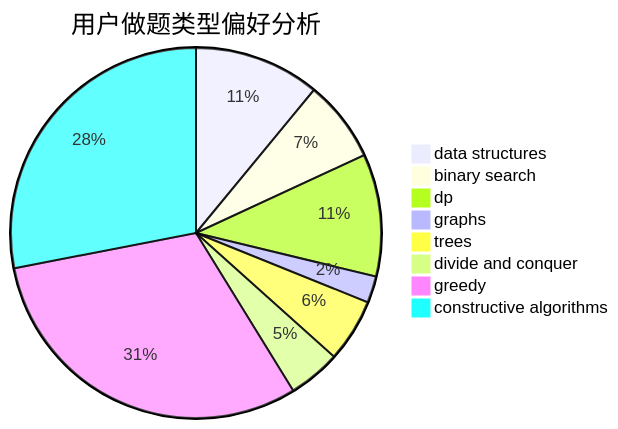
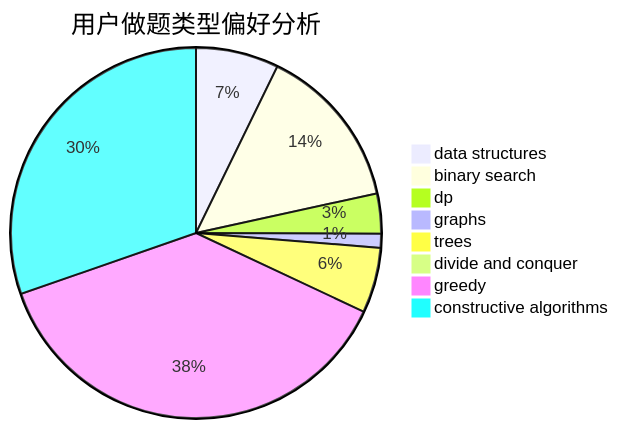
The second of 3 diagrams in docs/user/u410.md (sherpahu/cfrs.github.io), drawn with Mermaid before and after one commit. The commit also changed other lines of this file and 2770 other files, not shown here.

````diff
--- a/docs/user/u410.md
+++ b/docs/user/u410.md
@@ -23,11 +23,11 @@
 ```mermaid
 pie title 用户做题类型偏好分析
-    "data structures" :  151
-    "binary search" :  98
-    "dp" :  147
-    "graphs" :  32
-    "trees" :  76
-    "divide and conquer" :  63
-    "greedy" :  423
-    "constructive algorithms" :  386
+    "data structures" :  118
+    "binary search" :  234
+    "dp" :  57
+    "graphs" :  20
+    "trees" :  93
+    "divide and conquer" :  0
+    "greedy" :  615
+    "constructive algorithms" :  495
 ```
````
